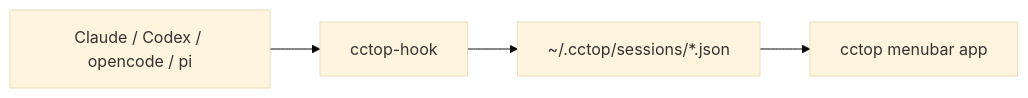
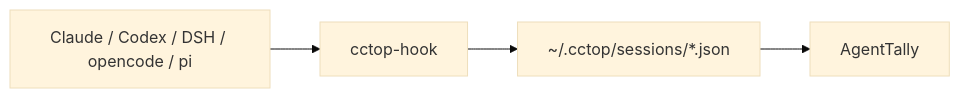
Before and after one commit to suiyun08/agenttally: the diagram in README.md, drawn with Mermaid (base theme). The commit also changed other lines of this file and 28 other files, not shown here.

First line of the commit message:
docs: rewrite the README for AgentTally (English and 简体中文)

````diff
--- a/README.md
+++ b/README.md
@@ -375,6 +297,6 @@
 ```mermaid
 flowchart LR
-  tools["Claude / Codex / opencode / pi"] --> hook["cctop-hook"]
+  tools["Claude / Codex / DSH / opencode / pi"] --> hook["cctop-hook"]
   hook --> files["~/.cctop/sessions/*.json"]
-  files --> app["cctop menubar app"]
+  files --> app["AgentTally"]
 ```
````
